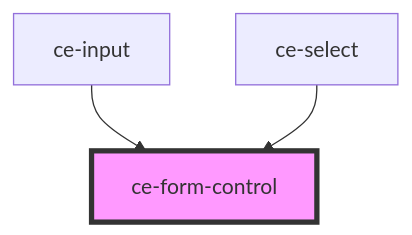
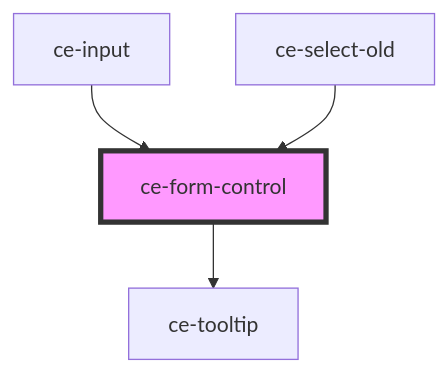
Before and after one commit to surecart/surecart-wp-plugin: the diagram in packages/components/src/components/ui/form-control/readme.md, drawn with Mermaid. The commit also changed other lines of this file and 65 other files, not shown here.

````diff
--- a/packages/components/src/components/ui/form-control/readme.md
+++ b/packages/components/src/components/ui/form-control/readme.md
@@ -36,6 +42,7 @@
 ```mermaid
 graph TD;
+  ce-form-control --> ce-tooltip
   ce-input --> ce-form-control
-  ce-select --> ce-form-control
+  ce-select-old --> ce-form-control
   style ce-form-control fill:#f9f,stroke:#333,stroke-width:4px
 ```
````
